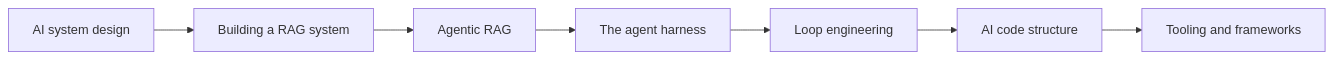
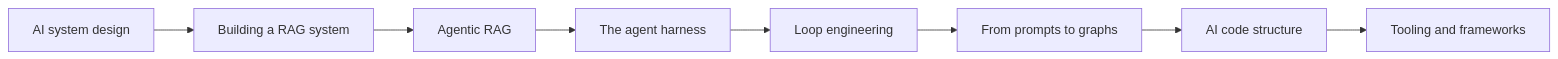
Before and after one commit to namphuongtran/ai-vault: the diagram in content/en/building/_index.md, drawn with Mermaid. The commit also changed other lines of this file and 11 other files, not shown here.

````diff
--- a/content/en/building/_index.md
+++ b/content/en/building/_index.md
@@ -20,5 +20,5 @@
 ```mermaid
 flowchart LR
     A[AI system design] --> B[Building a RAG system] --> C[Agentic RAG]
-    C --> D[The agent harness] --> E[Loop engineering] --> F[AI code structure] --> G[Tooling and frameworks]
+    C --> D[The agent harness] --> E[Loop engineering] --> F[From prompts to graphs] --> G[AI code structure] --> H[Tooling and frameworks]
 ```
````
